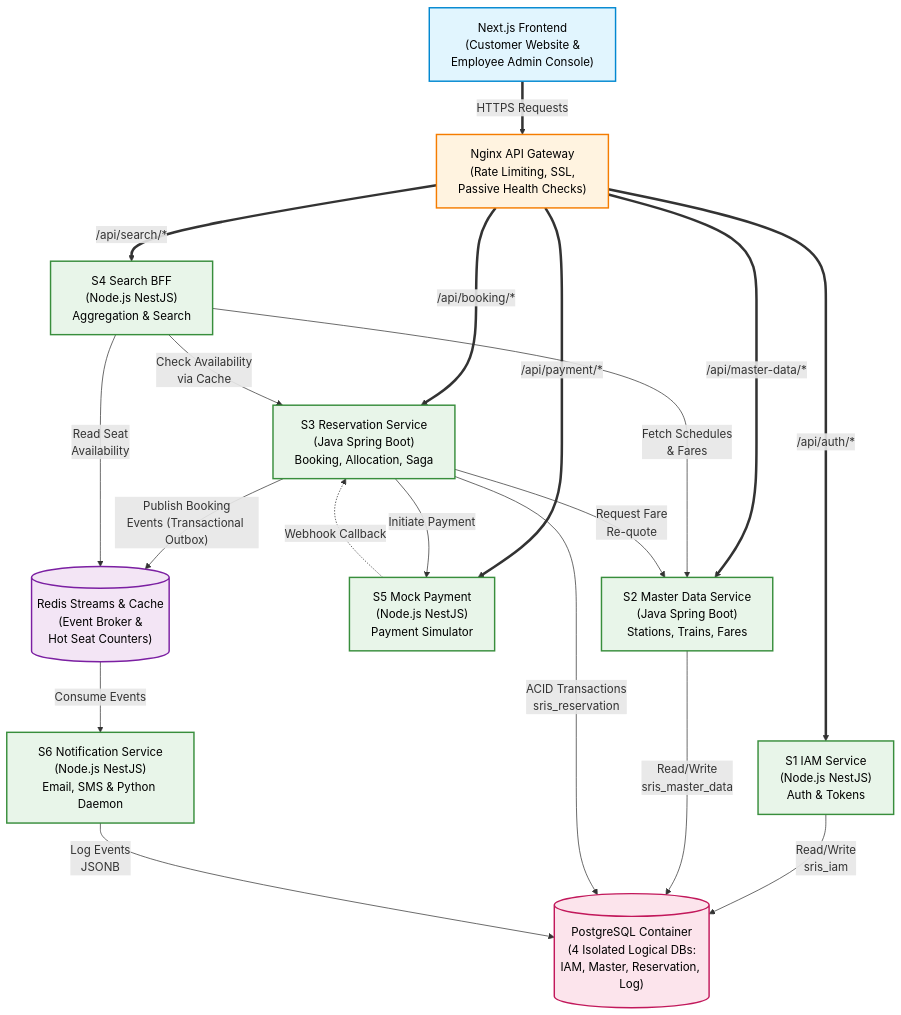
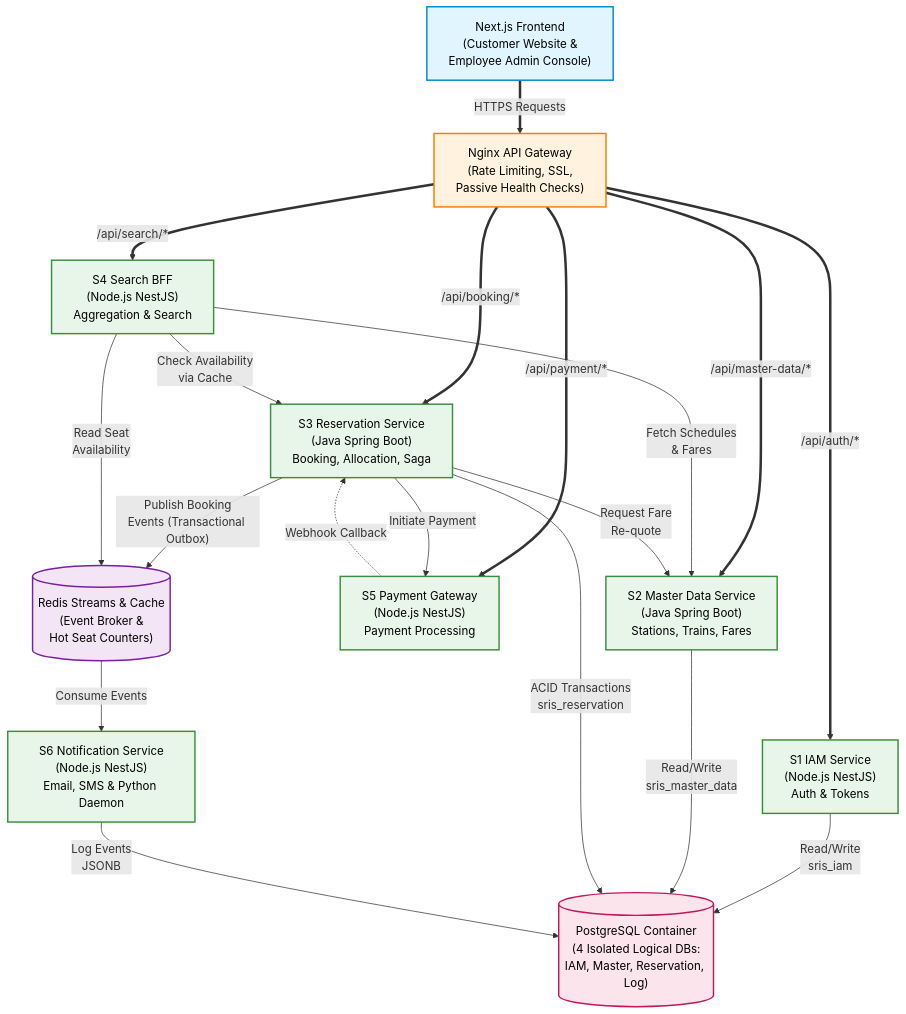
The second of 7 diagrams in docs/phase-1-foundation/wave-2-architecture/SRIS-P1-ARCH-003_SystemArchitectureDocument.md (koushaljhacs/sris), drawn with Mermaid before and after one commit. The commit also changed other lines of this file, not shown here.

First line of the commit message:
ARCH-003 v1.1: rename S5 to Payment Gateway; declare S4 and S5 stateless

````diff
--- a/docs/phase-1-foundation/wave-2-architecture/SRIS-P1-ARCH-003_SystemArchitectureDocument.md
+++ b/docs/phase-1-foundation/wave-2-architecture/SRIS-P1-ARCH-003_SystemArchitectureDocument.md
@@ -207,54 +207,54 @@
 ```mermaid
 flowchart TD
     %% Styling for high visibility
     classDef client fill:#E1F5FE,stroke:#0288D1,stroke-width:2px,color:#000;
     classDef gateway fill:#FFF3E0,stroke:#F57C00,stroke-width:2px,color:#000;
     classDef backend fill:#E8F5E9,stroke:#388E3C,stroke-width:2px,color:#000;
     classDef database fill:#FCE4EC,stroke:#C2185B,stroke-width:2px,color:#000;
     classDef stream fill:#F3E5F5,stroke:#7B1FA2,stroke-width:2px,color:#000;
 
     %% Clients
     Frontend["Next.js Frontend<br/>(Customer Website &<br/>Employee Admin Console)"]:::client
     
     %% Gateway
     Gateway["Nginx API Gateway<br/>(Rate Limiting, SSL,<br/>Passive Health Checks)"]:::gateway
 
     %% Microservices
     S1["S1 IAM Service<br/>(Node.js NestJS)<br/>Auth & Tokens"]:::backend
     S2["S2 Master Data Service<br/>(Java Spring Boot)<br/>Stations, Trains, Fares"]:::backend
     S3["S3 Reservation Service<br/>(Java Spring Boot)<br/>Booking, Allocation, Saga"]:::backend
     S4["S4 Search BFF<br/>(Node.js NestJS)<br/>Aggregation & Search"]:::backend
-    S5["S5 Mock Payment<br/>(Node.js NestJS)<br/>Payment Simulator"]:::backend
+    S5["S5 Payment Gateway<br/>(Node.js NestJS)<br/>Payment Processing"]:::backend
     S6["S6 Notification Service<br/>(Node.js NestJS)<br/>Email, SMS & Python Daemon"]:::backend
 
     %% Databases
     DB[("PostgreSQL Container<br/>(4 Isolated Logical DBs:<br/>IAM, Master, Reservation, Log)")]:::database
     Redis[("Redis Streams & Cache<br/>(Event Broker &<br/>Hot Seat Counters)")]:::stream
     
     %% Edges (Synchronous)
     Frontend ==>|"HTTPS Requests"| Gateway
     
     Gateway ==>|"/api/auth/*"| S1
     Gateway ==>|"/api/master-data/*"| S2
     Gateway ==>|"/api/booking/*"| S3
     Gateway ==>|"/api/search/*"| S4
     Gateway ==>|"/api/payment/*"| S5
 
     %% Edges (Service-to-Service Synchronous)
     S4 -->|"Fetch Schedules<br/>& Fares"| S2
     S4 -->|"Check Availability<br/>via Cache"| S3
     S3 -->|"Request Fare<br/>Re-quote"| S2
     S3 -->|"Initiate Payment"| S5
     S5 -.->|"Webhook Callback"| S3
 
     %% Edges (Data Layer)
     S1 -->|"Read/Write<br/>sris_iam"| DB
     S2 -->|"Read/Write<br/>sris_master_data"| DB
     S3 -->|"ACID Transactions<br/>sris_reservation"| DB
     S6 -->|"Log Events<br/>JSONB"| DB
 
     %% Edges (Asynchronous via Redis Streams)
     S3 -->|"Publish Booking<br/>Events (Transactional Outbox)"| Redis
     Redis -->|"Consume Events"| S6
     S4 -->|"Read Seat<br/>Availability"| Redis
 ```
````
